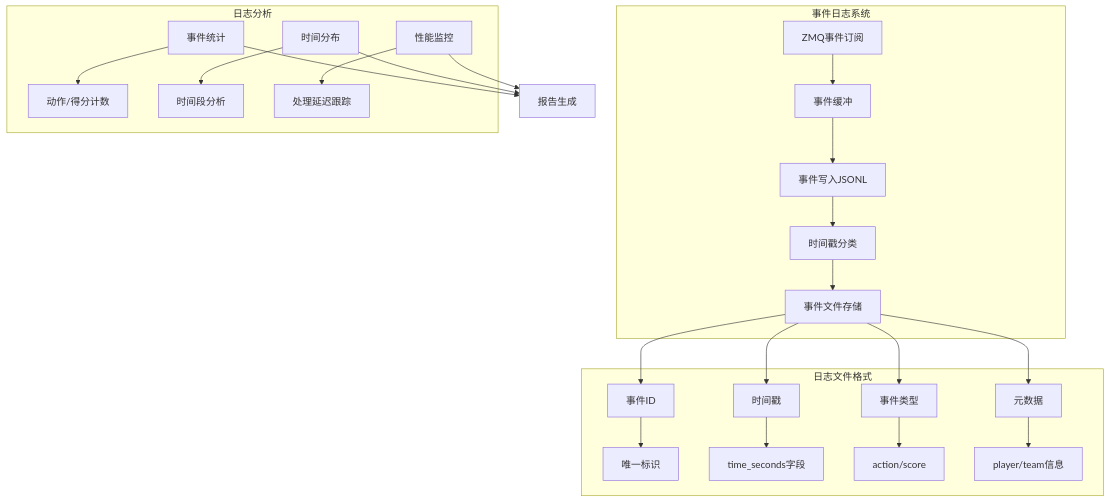
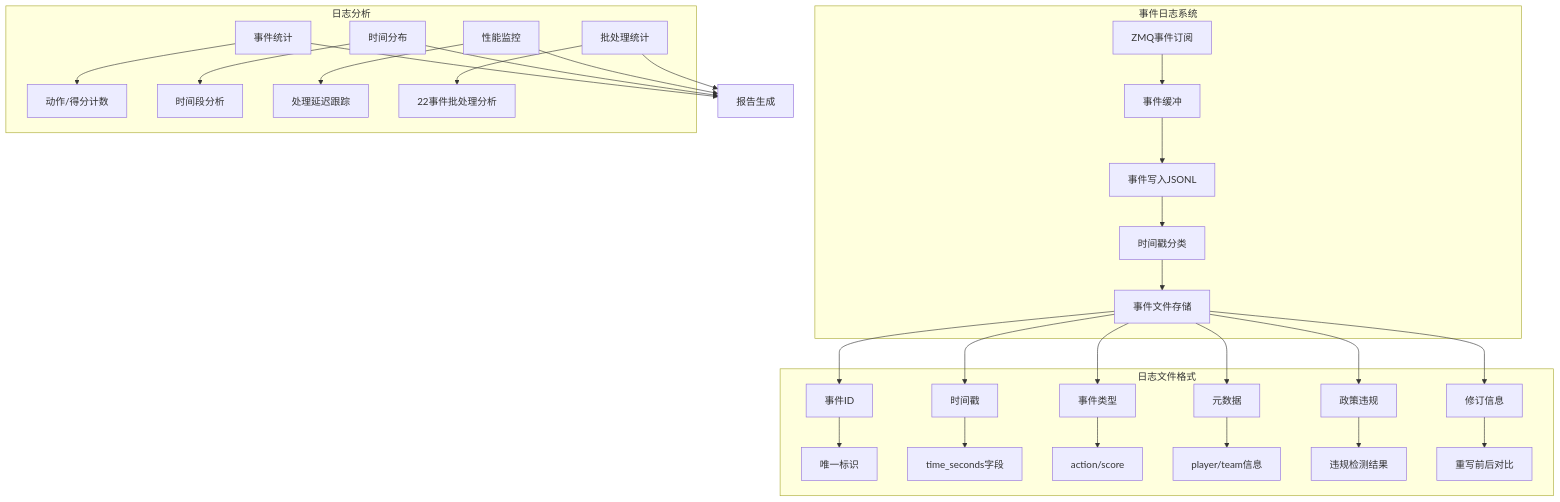
One commit to 1024dashen/Vue3Speech changed the ninth of 28 diagrams in .qoder/repowiki/zh/content/语音合成服务/实时TTS合成.md. Above: the diagram before and after it, drawn with Mermaid. The commit also changed other lines of this file and 13 other files, not shown here.

````diff
--- a/.qoder/repowiki/zh/content/语音合成服务/实时TTS合成.md
+++ b/.qoder/repowiki/zh/content/语音合成服务/实时TTS合成.md
@@ -397,27 +451,33 @@
 ```mermaid
 flowchart TD
 subgraph "事件日志系统"
 A[ZMQ事件订阅] --> B[事件缓冲]
 B --> C[事件写入JSONL]
 C --> D[时间戳分类]
 D --> E[事件文件存储]
 end
 subgraph "日志文件格式"
 F[事件ID] --> F1[唯一标识]
 G[时间戳] --> G1[time_seconds字段]
 H[事件类型] --> H1[action/score]
 I[元数据] --> I1[player/team信息]
+J[政策违规] --> J1[违规检测结果]
+K[修订信息] --> K1[重写前后对比]
 end
 subgraph "日志分析"
-J[事件统计] --> J1[动作/得分计数]
-K[时间分布] --> K1[时间段分析]
-L[性能监控] --> L1[处理延迟跟踪]
+L[事件统计] --> L1[动作/得分计数]
+M[时间分布] --> M1[时间段分析]
+N[性能监控] --> N1[处理延迟跟踪]
+O[批处理统计] --> O1[22事件批处理分析]
 end
 E --> F
 E --> G
 E --> H
 E --> I
-J --> M[报告生成]
-K --> M
-L --> M
+E --> J
+E --> K
+L --> P[报告生成]
+M --> P
+N --> P
+O --> P
 ```
````
